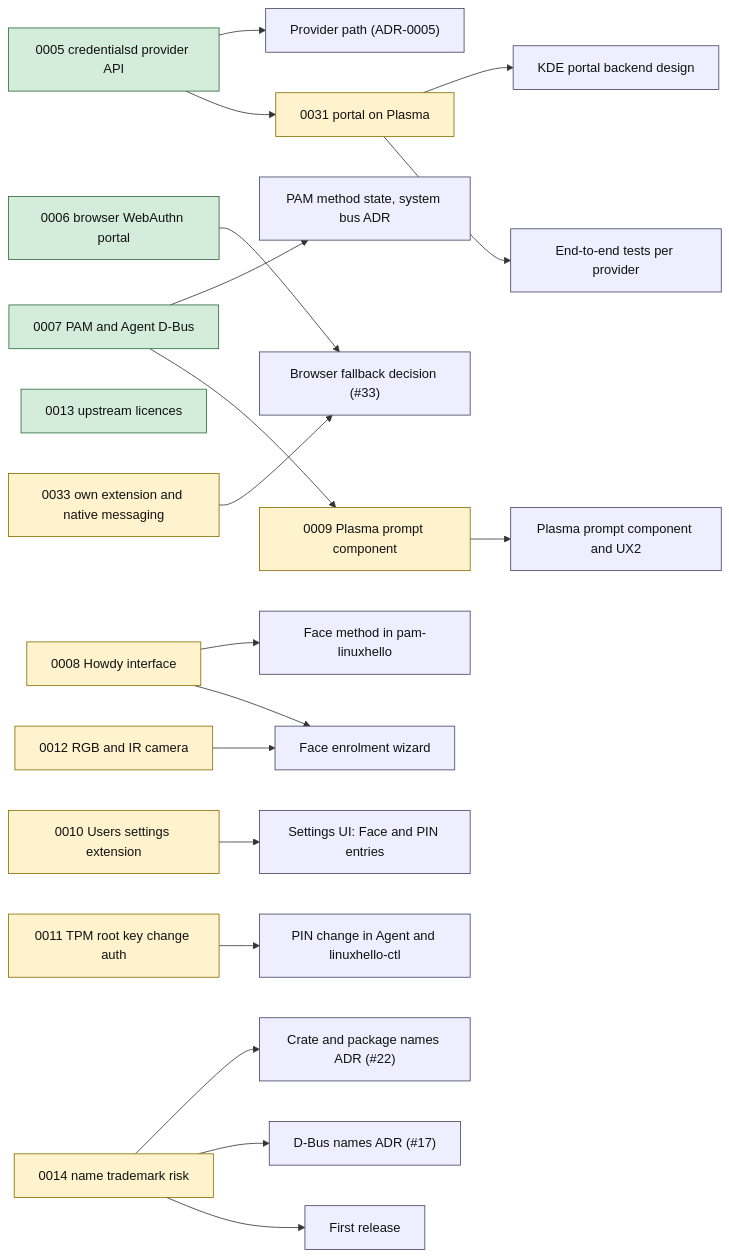
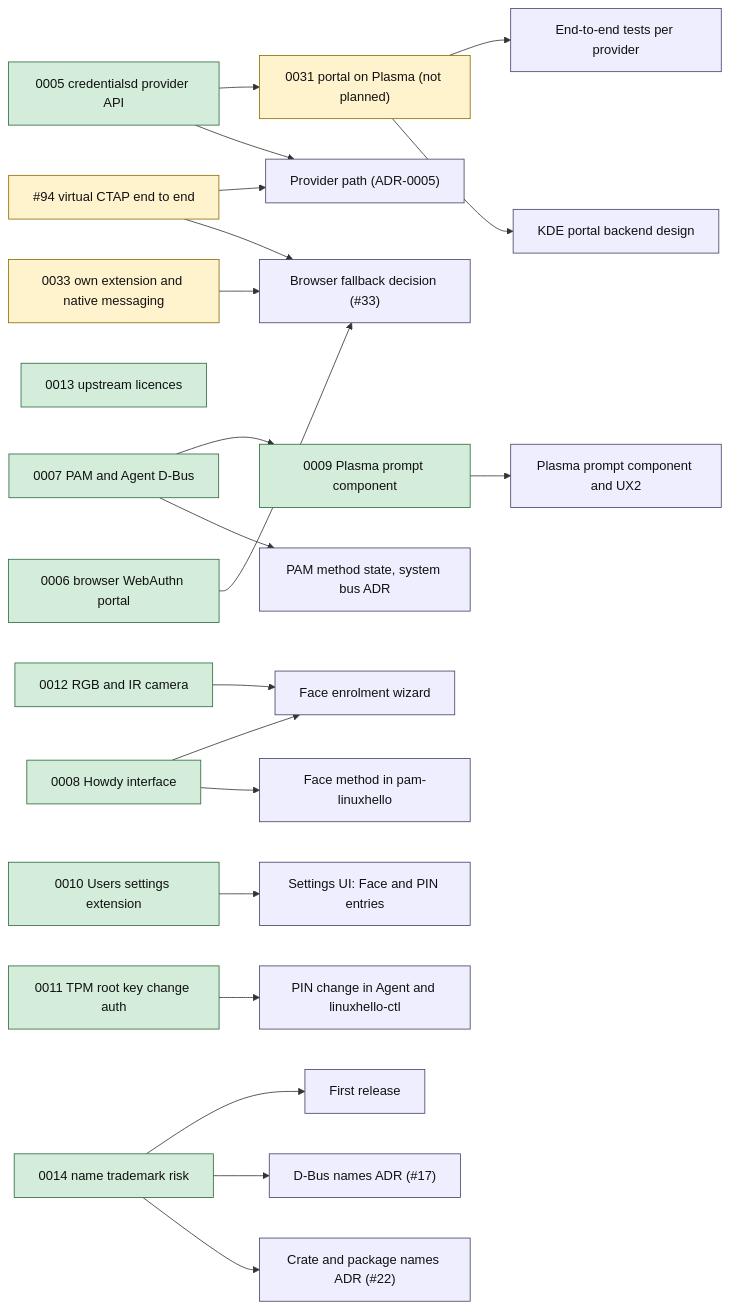
One commit to LinuxHello/architecture changed the diagram in spikes/README.md. Above: the diagram before and after it, drawn with Mermaid. The commit also changed other lines of this file and 21 other files, not shown here.

````diff
--- a/spikes/README.md
+++ b/spikes/README.md
@@ -36,51 +36,54 @@
 ```mermaid
 flowchart LR
     classDef done fill:#d4edda,stroke:#2d6a3e,color:#111
     classDef open fill:#fff3cd,stroke:#8a6d00,color:#111
     classDef target fill:#eef,stroke:#446,color:#111
 
     S5["0005 credentialsd provider API"]:::done
     S6["0006 browser WebAuthn portal"]:::done
     S7["0007 PAM and Agent D-Bus"]:::done
     S13["0013 upstream licences"]:::done
-    S8["0008 Howdy interface"]:::open
-    S9["0009 Plasma prompt component"]:::open
-    S10["0010 Users settings extension"]:::open
-    S11["0011 TPM root key change auth"]:::open
-    S12["0012 RGB and IR camera"]:::open
-    S14["0014 name trademark risk"]:::open
-    S31["0031 portal on Plasma"]:::open
+    S8["0008 Howdy interface"]:::done
+    S9["0009 Plasma prompt component"]:::done
+    S10["0010 Users settings extension"]:::done
+    S11["0011 TPM root key change auth"]:::done
+    S12["0012 RGB and IR camera"]:::done
+    S14["0014 name trademark risk"]:::done
+    S31["0031 portal on Plasma (not planned)"]:::open
     S33["0033 own extension and native messaging"]:::open
 
     T1["Provider path (ADR-0005)"]:::target
     T2["Browser fallback decision (#33)"]:::target
     T3["PAM method state, system bus ADR"]:::target
     T4["Face method in pam-linuxhello"]:::target
     T5["Face enrolment wizard"]:::target
     T6["Plasma prompt component and UX2"]:::target
     T7["Settings UI: Face and PIN entries"]:::target
     T8["PIN change in Agent and linuxhello-ctl"]:::target
     T9["Crate and package names ADR (#22)"]:::target
     T10["D-Bus names ADR (#17)"]:::target
     T11["First release"]:::target
     T12["KDE portal backend design"]:::target
     T13["End-to-end tests per provider"]:::target
 
     S5 --> T1
+    S94["#94 virtual CTAP end to end"]:::open
+    S94 --> T2
+    S94 --> T1
     S5 --> S31
     S6 --> T2
     S33 --> T2
     S7 --> T3
     S7 --> S9
     S8 --> T4
     S8 --> T5
     S12 --> T5
     S9 --> T6
     S10 --> T7
     S11 --> T8
     S14 --> T9
     S14 --> T10
     S14 --> T11
     S31 --> T12
     S31 --> T13
 ```
````
